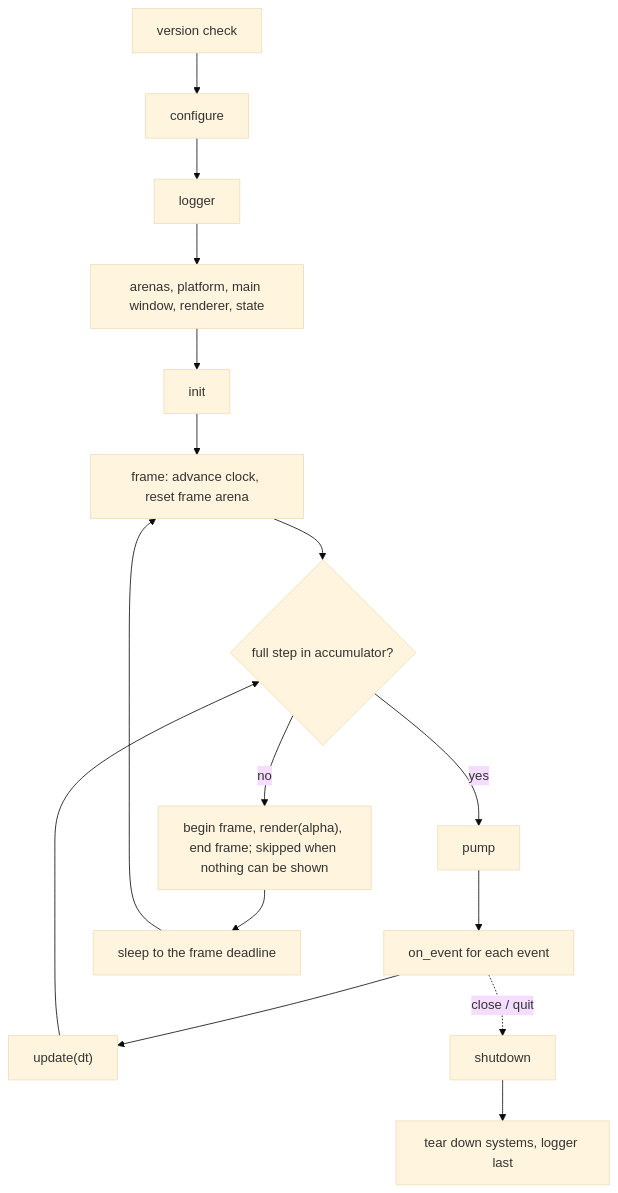
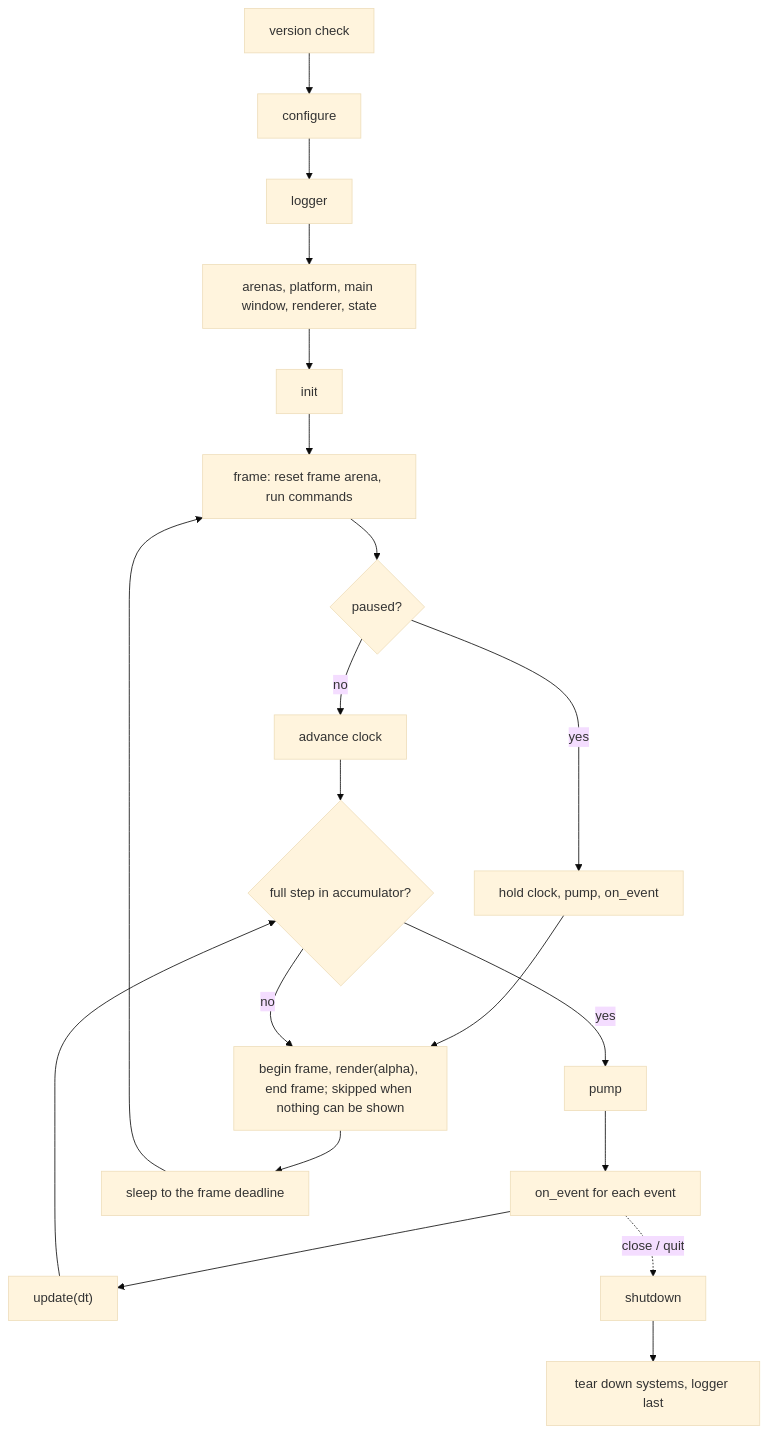
The diagram in docs/features/app.md (aski97/reborn-engine), drawn with Mermaid (base theme) before and after one commit. The commit also changed other lines of this file and 50 other files, not shown here.

````diff
--- a/docs/features/app.md
+++ b/docs/features/app.md
@@ -64,9 +70,11 @@
 ```mermaid
 flowchart TD
     V[version check] --> C[configure] --> LG[logger] --> S[arenas, platform, main window, renderer, state] --> I[init]
-    I --> F[frame: advance clock, reset frame arena]
-    F --> Q{full step in accumulator?}
+    I --> F[frame: reset frame arena, run commands]
+    F --> PA{paused?}
+    PA -- yes --> PE[hold clock, pump, on_event] --> R
+    PA -- no --> AC[advance clock] --> Q{full step in accumulator?}
     Q -- yes --> P[pump] --> E[on_event for each event] --> U["update(dt)"] --> Q
     Q -- no --> R["begin frame, render(alpha), end frame; skipped when nothing can be shown"] --> W[sleep to the frame deadline] --> F
     E -. close / quit .-> D[shutdown] --> T[tear down systems, logger last]
 ```
````
